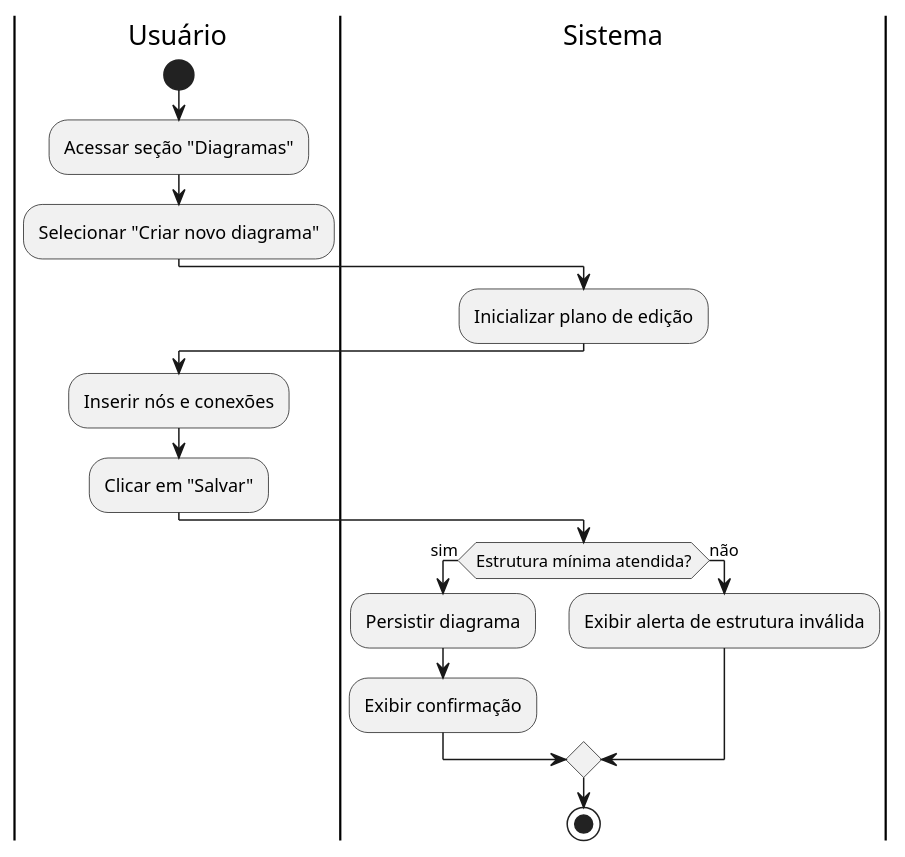
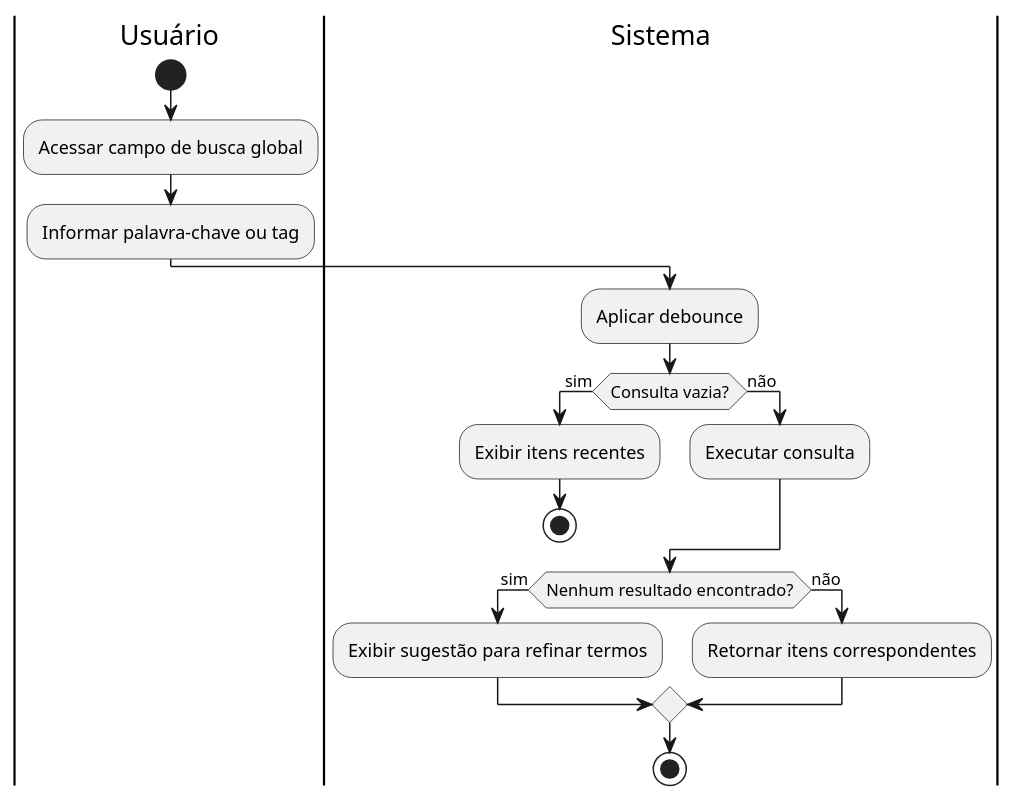
Before and after one commit to aspiringluke/Projeto-Integrado-Mobile: the diagram in docs/casosUso/uml/diagramas_atividade/diagrama_atividade_UC14.puml, drawn with PlantUML. The commit also changed 31 other files, not shown here.

```diff
--- a/docs/casosUso/uml/diagramas_atividade/diagrama_atividade_UC14.puml
+++ b/docs/casosUso/uml/diagramas_atividade/diagrama_atividade_UC14.puml
@@ -1,24 +1,24 @@
 @startuml diagrama_UC14
 
 |Usuário|
 start
-:Acessar seção "Diagramas";
-:Selecionar "Criar novo diagrama";
+:Acessar campo de busca global;
+:Informar palavra-chave ou tag;
 
 |Sistema|
-:Inicializar plano de edição;
+:Aplicar debounce;
+if (Consulta vazia?) then (sim)
+  :Exibir itens recentes;
+  stop
+else (não)
+  :Executar consulta;
+endif
 
-|Usuário|
-:Inserir nós e conexões;
-:Clicar em "Salvar";
-
-|Sistema|
-if (Estrutura mínima atendida?) then (sim)
-  :Persistir diagrama;
-  :Exibir confirmação;
+if (Nenhum resultado encontrado?) then (sim)
+  :Exibir sugestão para refinar termos;
 else (não)
-  :Exibir alerta de estrutura inválida;
+  :Retornar itens correspondentes;
 endif
 
 stop
 @enduml
```
